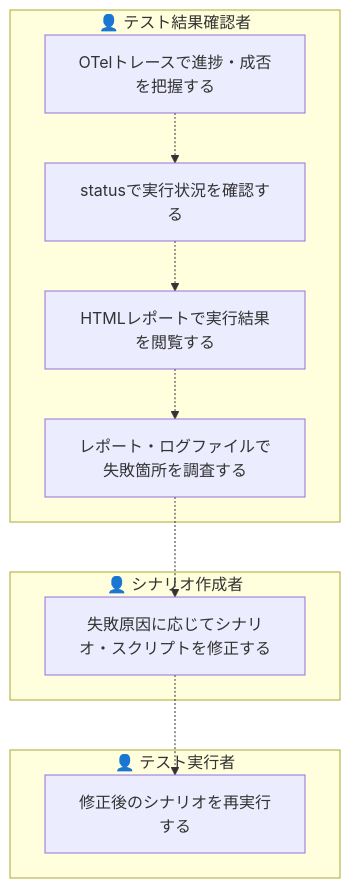
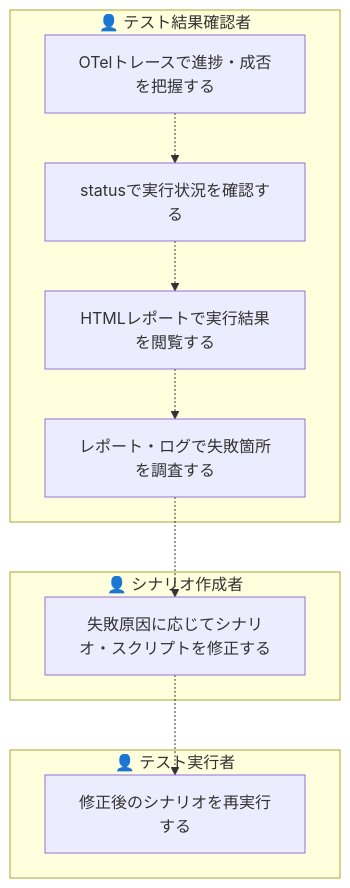
One commit to scenario-test-framework/stfw changed the eighth of 8 diagrams in docs/rdra/latest/views/03_業務フロー.md. Above: the diagram before and after it, drawn with Mermaid. The commit also changed other lines of this file and 42 other files, not shown here.

````diff
--- a/docs/rdra/latest/views/03_業務フロー.md
+++ b/docs/rdra/latest/views/03_業務フロー.md
@@ -205,20 +205,20 @@
 ```mermaid
 graph TD
   subgraph LN1["👤 テスト結果確認者"]
     AT1["OTelトレースで進捗・成否を把握する"]
     AT2["statusで実行状況を確認する"]
     AT3["HTMLレポートで実行結果を閲覧する"]
-    AT4["レポート・ログファイルで失敗箇所を調査する"]
+    AT4["レポート・ログで失敗箇所を調査する"]
   end
   subgraph LN2["👤 シナリオ作成者"]
     AT5["失敗原因に応じてシナリオ・スクリプトを修正する"]
   end
   subgraph LN3["👤 テスト実行者"]
     AT6["修正後のシナリオを再実行する"]
   end
   AT1 -.-> AT2
   AT2 -.-> AT3
   AT3 -.-> AT4
   AT4 -.-> AT5
   AT5 -.-> AT6
 ```
````
